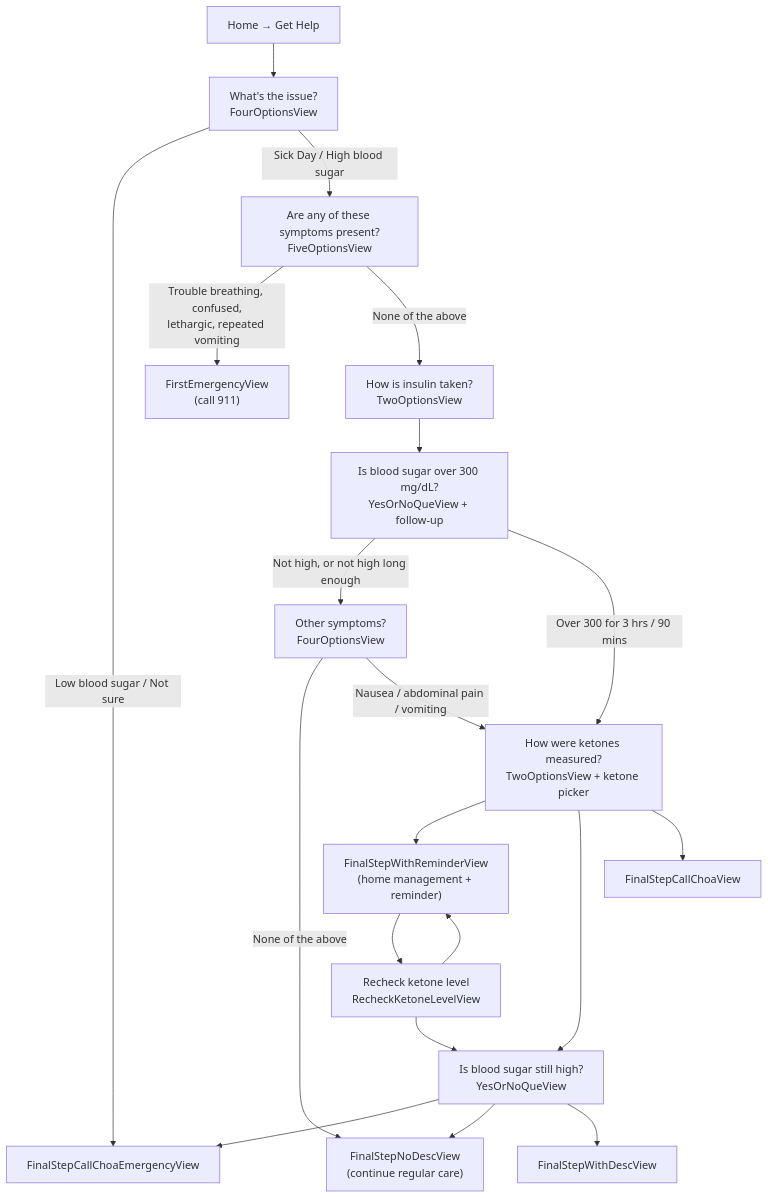
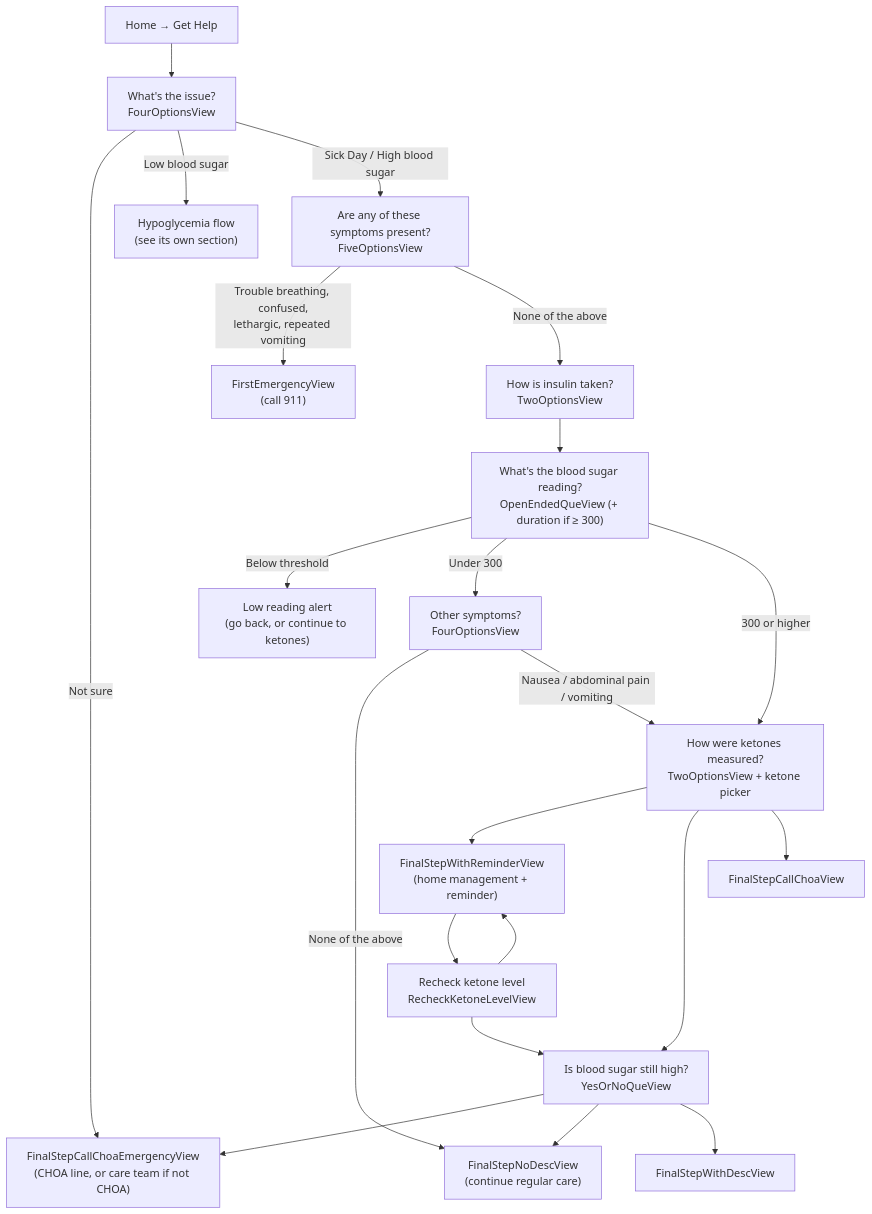
Before and after one commit to AppHatchery/choa-diabetes-education: the second of 3 diagrams in README.md, drawn with Mermaid. The commit also changed other lines of this file, not shown here.

First line of the commit message:
Document onboarding and hypo flows

````diff
--- a/README.md
+++ b/README.md
@@ -112,22 +186,24 @@
 ```mermaid
 flowchart TD
     A["Home → Get Help"] --> B["What's the issue?<br/>FourOptionsView"]
-    B -->|Low blood sugar / Not sure| E1["FinalStepCallChoaEmergencyView"]
+    B -->|Not sure| E1["FinalStepCallChoaEmergencyView<br/>(CHOA line, or care team if not CHOA)"]
+    B -->|Low blood sugar| HY["Hypoglycemia flow<br/>(see its own section)"]
     B -->|Sick Day / High blood sugar| C["Are any of these symptoms present?<br/>FiveOptionsView"]
     C -->|Trouble breathing, confused,<br/>lethargic, repeated vomiting| E2["FirstEmergencyView<br/>(call 911)"]
     C -->|None of the above| D["How is insulin taken?<br/>TwoOptionsView"]
-    D --> F["Is blood sugar over 300 mg/dL?<br/>YesOrNoQueView + follow-up"]
-    F -->|Not high, or not high long enough| G["Other symptoms?<br/>FourOptionsView"]
+    D --> F["What's the blood sugar reading?<br/>OpenEndedQueView (+ duration if ≥ 300)"]
+    F -->|Below threshold| LA["Low reading alert<br/>(go back, or continue to ketones)"]
+    F -->|Under 300| G["Other symptoms?<br/>FourOptionsView"]
     G -->|None of the above| E3["FinalStepNoDescView<br/>(continue regular care)"]
     G -->|Nausea / abdominal pain / vomiting| H
-    F -->|Over 300 for 3 hrs / 90 mins| H["How were ketones measured?<br/>TwoOptionsView + ketone picker"]
+    F -->|300 or higher| H["How were ketones measured?<br/>TwoOptionsView + ketone picker"]
     H --> I["FinalStepWithReminderView<br/>(home management + reminder)"]
     H --> J["Is blood sugar still high?<br/>YesOrNoQueView"]
     H --> E4["FinalStepCallChoaView"]
     I --> K["Recheck ketone level<br/>RecheckKetoneLevelView"]
     K --> I
     K --> J
     J --> E1
     J --> E3
     J --> E5["FinalStepWithDescView"]
 ```
````
